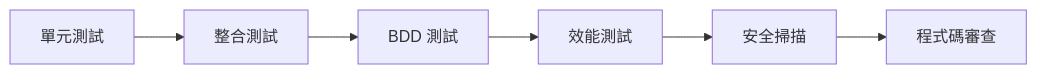
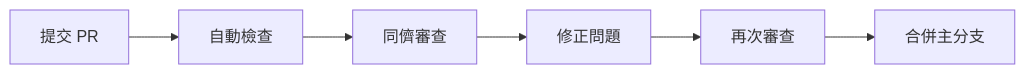
One commit to humank/genai-demo changed the fourth of 9 diagrams in docs/viewpoints/development/workflows/workflows-collaboration.md. Above: the diagram before and after it, drawn with Mermaid. The commit also changed other lines of this file and 134 other files, not shown here.

````diff
--- a/docs/viewpoints/development/workflows/workflows-collaboration.md
+++ b/docs/viewpoints/development/workflows/workflows-collaboration.md
@@ -72,8 +319,8 @@
 ```mermaid
 graph LR
-    A[單元測試] --> B[整合測試]
-    B --> C[BDD 測試]
-    C --> D[效能測試]
-    D --> E[安全掃描]
-    E --> F[程式碼審查]
+    A[提交 PR] --> B[自動檢查]
+    B --> C[同儕審查]
+    C --> D[修正問題]
+    D --> E[再次審查]
+    E --> F[合併主分支]
 ```
````
